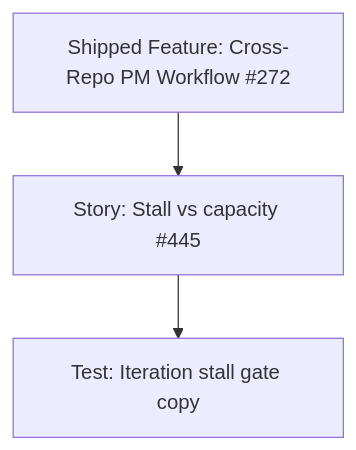
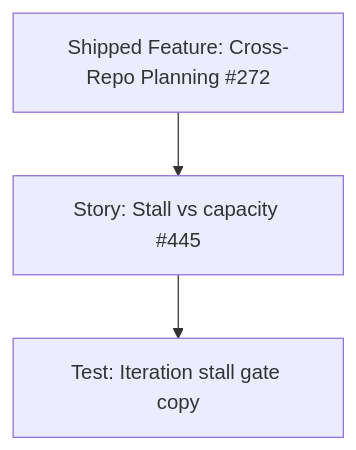
Before and after one commit to markheydon/solo-dev-board: the diagram in plan/iteration-planning-stall-capacity-project-plan.md, drawn with Mermaid. The commit also changed other lines of this file and 363 other files, not shown here.

````diff
--- a/plan/iteration-planning-stall-capacity-project-plan.md
+++ b/plan/iteration-planning-stall-capacity-project-plan.md
@@ -36,5 +36,5 @@
 ```mermaid
 graph TD
-    A[Shipped Feature: Cross-Repo PM Workflow #272] --> B[Story: Stall vs capacity #445]
+    A[Shipped Feature: Cross-Repo Planning #272] --> B[Story: Stall vs capacity #445]
     B --> C[Test: Iteration stall gate copy]
 ```
````
